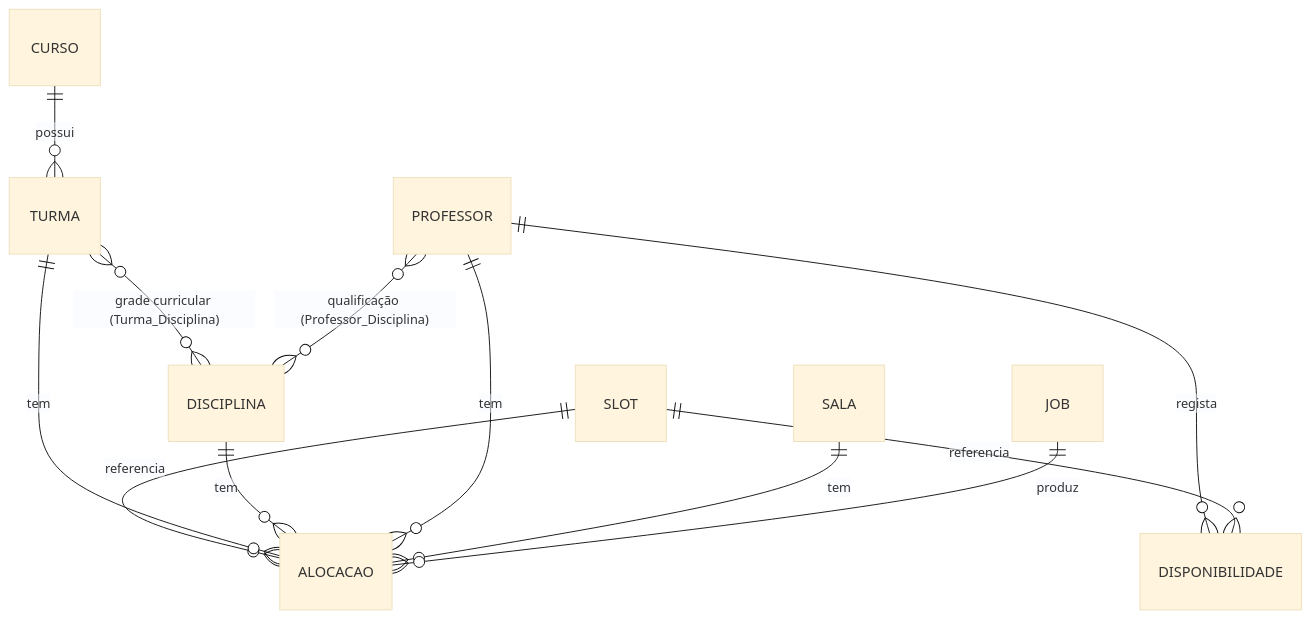
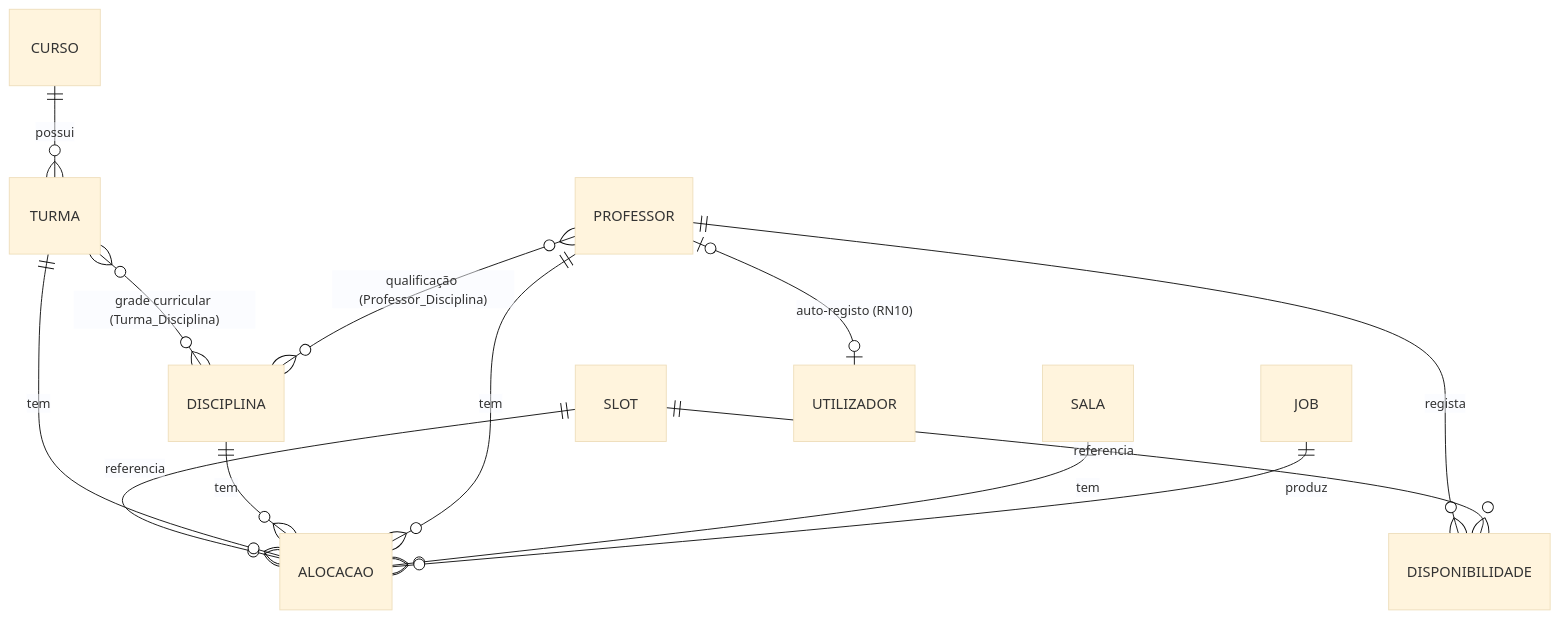
Before and after one commit to CristianoLourenco/timetable_problem_isaf: the diagram in docs/06_arquitetura_backend.md, drawn with Mermaid (base theme). The commit also changed other lines of this file and 22 other files, not shown here.

````diff
--- a/docs/06_arquitetura_backend.md
+++ b/docs/06_arquitetura_backend.md
@@ -22,14 +22,15 @@
 ```mermaid
 erDiagram
     CURSO ||--o{ TURMA : possui
     TURMA }o--o{ DISCIPLINA : "grade curricular (Turma_Disciplina)"
     PROFESSOR }o--o{ DISCIPLINA : "qualificação (Professor_Disciplina)"
     PROFESSOR ||--o{ DISPONIBILIDADE : regista
     SLOT ||--o{ DISPONIBILIDADE : referencia
     SLOT ||--o{ ALOCACAO : referencia
     TURMA ||--o{ ALOCACAO : tem
     DISCIPLINA ||--o{ ALOCACAO : tem
     PROFESSOR ||--o{ ALOCACAO : tem
     SALA ||--o{ ALOCACAO : tem
     JOB ||--o{ ALOCACAO : produz
+    PROFESSOR |o--o| UTILIZADOR : "auto-registo (RN10)"
 ```
````
